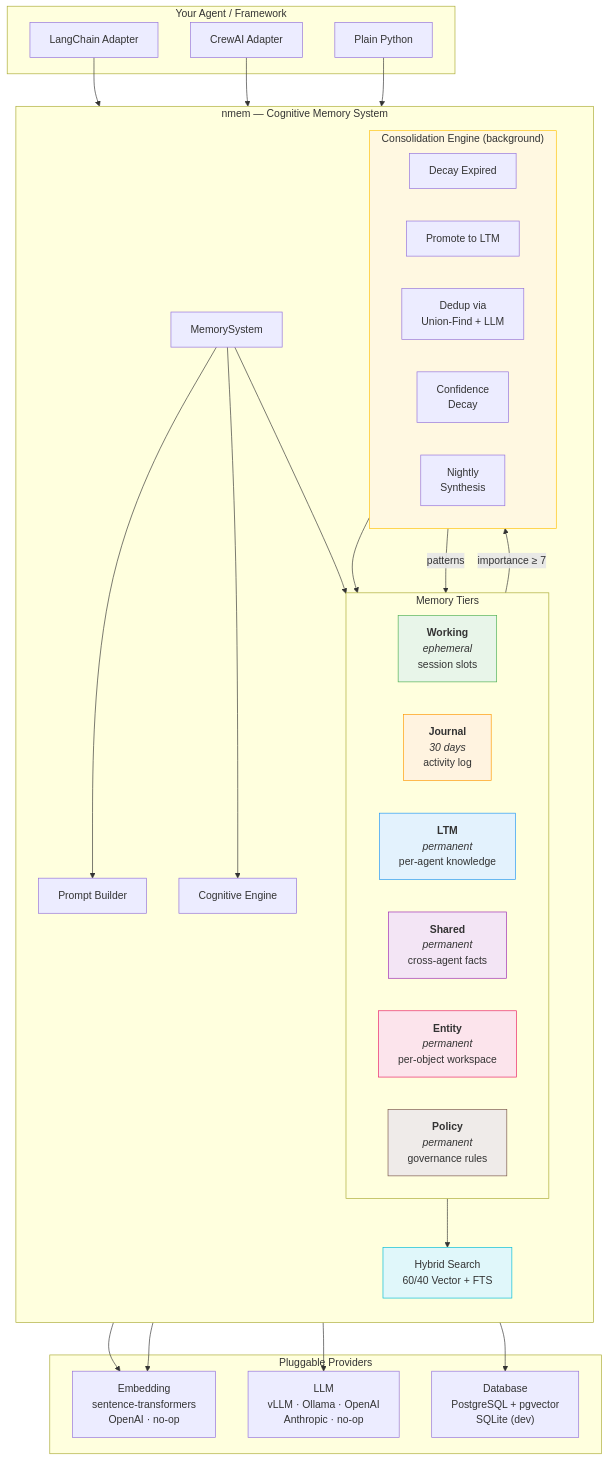
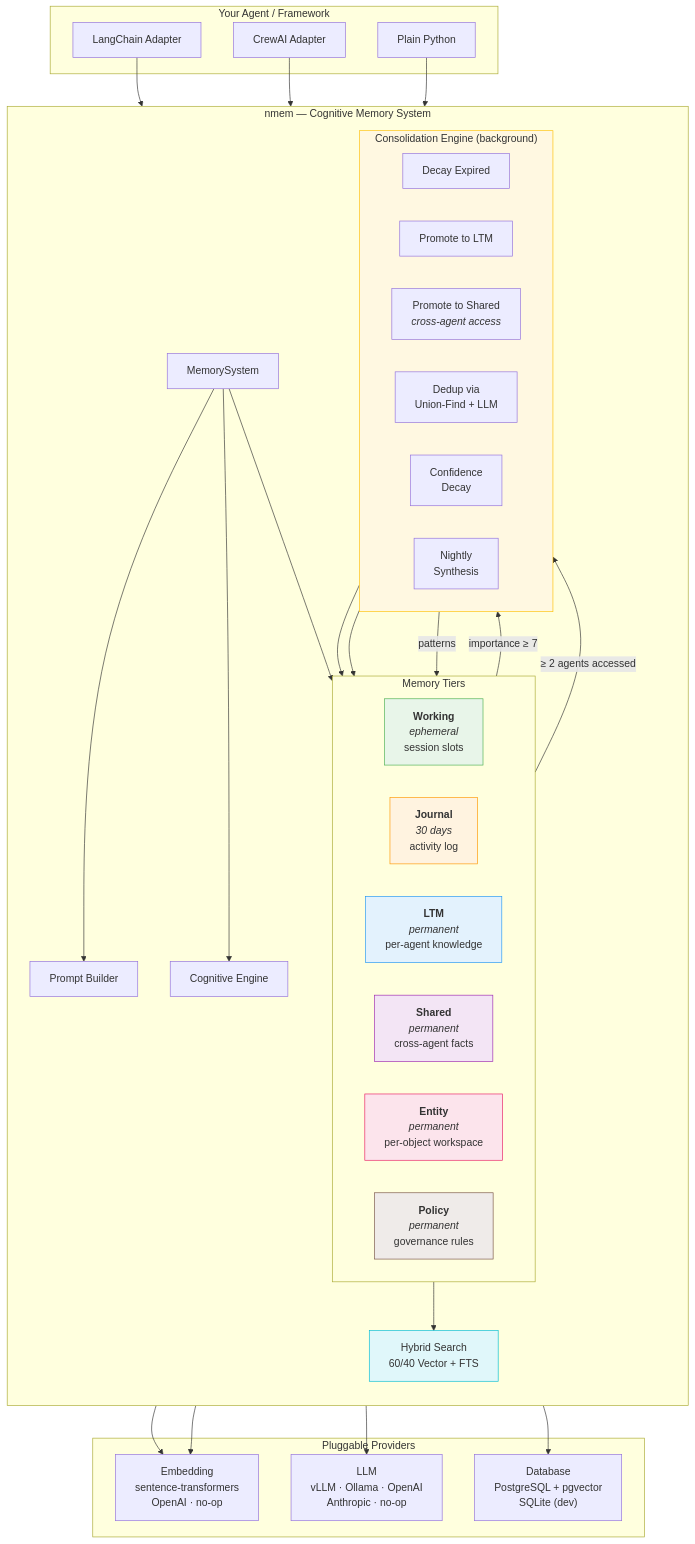
The diagram in README.md (dayyanj/nmem), drawn with Mermaid before and after one commit. The commit also changed other lines of this file and 6 other files, not shown here.

First line of the commit message:
Add access-based LTM→Shared promotion (no LLM — agents vote with searches)

````diff
--- a/README.md
+++ b/README.md
@@ -9,66 +9,69 @@
 ```mermaid
 graph TB
     subgraph Agent["Your Agent / Framework"]
         LC[LangChain Adapter]
         CR[CrewAI Adapter]
         PY[Plain Python]
     end
 
     subgraph nmem["nmem — Cognitive Memory System"]
         direction TB
 
         MS[MemorySystem]
         PB[Prompt Builder]
         CE[Cognitive Engine]
 
         subgraph Tiers["Memory Tiers"]
             direction LR
             T1["<b>Working</b><br/><i>ephemeral</i><br/>session slots"]
             T2["<b>Journal</b><br/><i>30 days</i><br/>activity log"]
             T3["<b>LTM</b><br/><i>permanent</i><br/>per-agent knowledge"]
             T4["<b>Shared</b><br/><i>permanent</i><br/>cross-agent facts"]
             T5["<b>Entity</b><br/><i>permanent</i><br/>per-object workspace"]
             T6["<b>Policy</b><br/><i>permanent</i><br/>governance rules"]
         end
 
         subgraph Consolidator["Consolidation Engine (background)"]
             direction LR
             DECAY[Decay Expired]
             PROMO[Promote to LTM]
+            SHARED_PROMO[Promote to Shared<br/><i>cross-agent access</i>]
             DEDUP[Dedup via<br/>Union-Find + LLM]
             CONF[Confidence<br/>Decay]
             SYNTH[Nightly<br/>Synthesis]
         end
 
         HS[Hybrid Search<br/>60/40 Vector + FTS]
     end
 
     subgraph Providers["Pluggable Providers"]
         EMB["Embedding<br/>sentence-transformers<br/>OpenAI · no-op"]
         LLM["LLM<br/>vLLM · Ollama · OpenAI<br/>Anthropic · no-op"]
         DB["Database<br/>PostgreSQL + pgvector<br/>SQLite (dev)"]
     end
 
     LC & CR & PY --> MS
     MS --> PB
     MS --> CE
     MS --> Tiers
     Tiers --> HS
     HS --> DB
     HS --> EMB
 
     T2 -- "importance ≥ 7" --> PROMO
     PROMO --> T3
+    T3 -- "≥ 2 agents accessed" --> SHARED_PROMO
+    SHARED_PROMO --> T4
     SYNTH -- "patterns" --> T4
     Consolidator --> LLM
     Consolidator --> EMB
 
     style T1 fill:#e8f5e9,stroke:#4caf50
     style T2 fill:#fff3e0,stroke:#ff9800
     style T3 fill:#e3f2fd,stroke:#2196f3
     style T4 fill:#f3e5f5,stroke:#9c27b0
     style T5 fill:#fce4ec,stroke:#e91e63
     style T6 fill:#efebe9,stroke:#795548
     style Consolidator fill:#fff8e1,stroke:#ffc107
     style HS fill:#e0f7fa,stroke:#00bcd4
 ```
````
